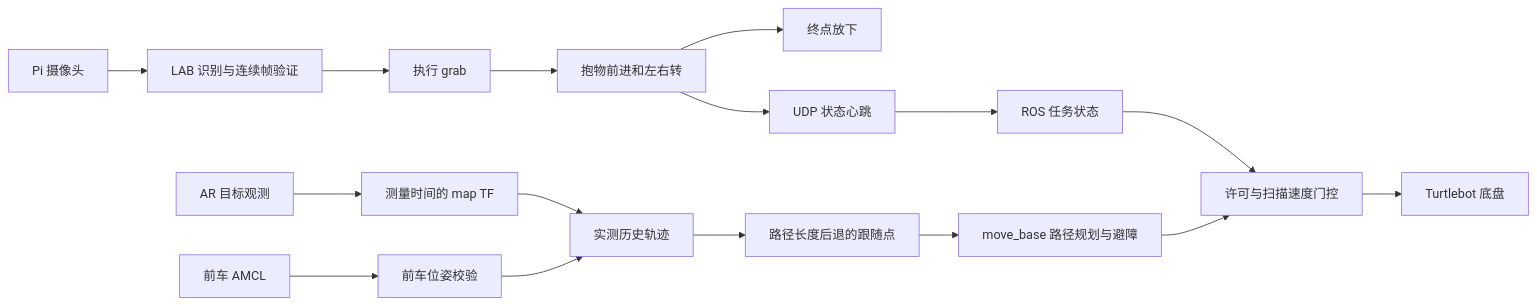
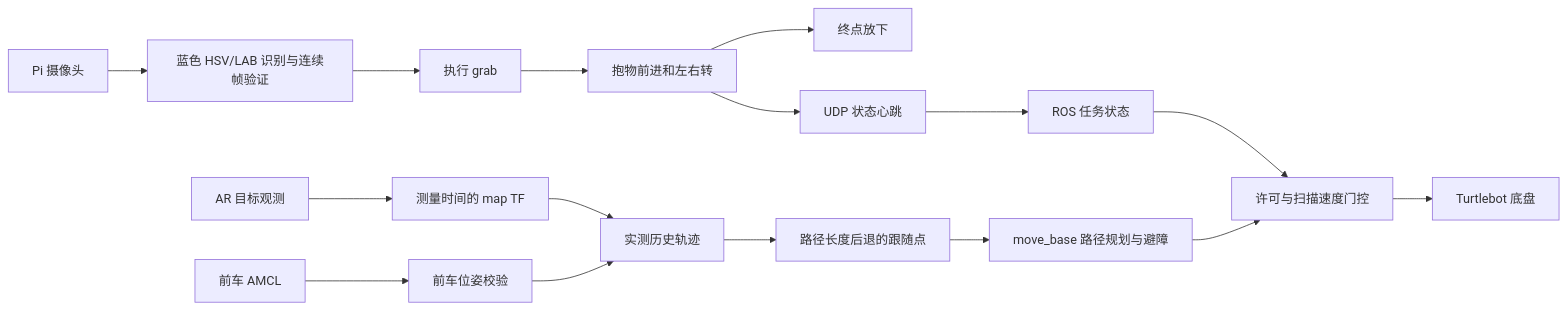
The diagram in docs/design.md (FBB123571/intelligent_robot_system), drawn with Mermaid before and after one commit. The commit also changed other lines of this file and 16 other files, not shown here.

````diff
--- a/docs/design.md
+++ b/docs/design.md
@@ -13,18 +13,18 @@
 ```mermaid
 flowchart LR
-  camera[Pi 摄像头] --> vision[LAB 识别与连续帧验证]
+  camera[Pi 摄像头] --> vision[蓝色 HSV/LAB 识别与连续帧验证]
   vision --> grasp[执行 grab]
   grasp --> route[抱物前进和左右转]
   route --> release[终点放下]
   route --> heartbeat[UDP 状态心跳]
   heartbeat --> bridge[ROS 任务状态]
   ar[AR 目标观测] --> tf[测量时间的 map TF]
   predecessor[前车 AMCL] --> source[前车位姿校验]
   tf --> trail[实测历史轨迹]
   source --> trail
   trail --> goal[路径长度后退的跟随点]
   goal --> nav[move_base 路径规划与避障]
   nav --> gate[许可与扫描速度门控]
   bridge --> gate
   gate --> base[Turtlebot 底盘]
 ```
````
